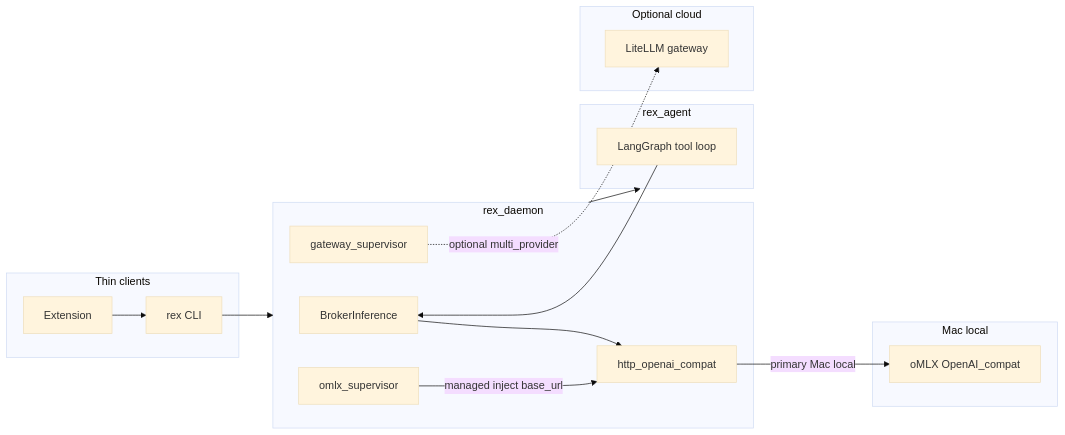
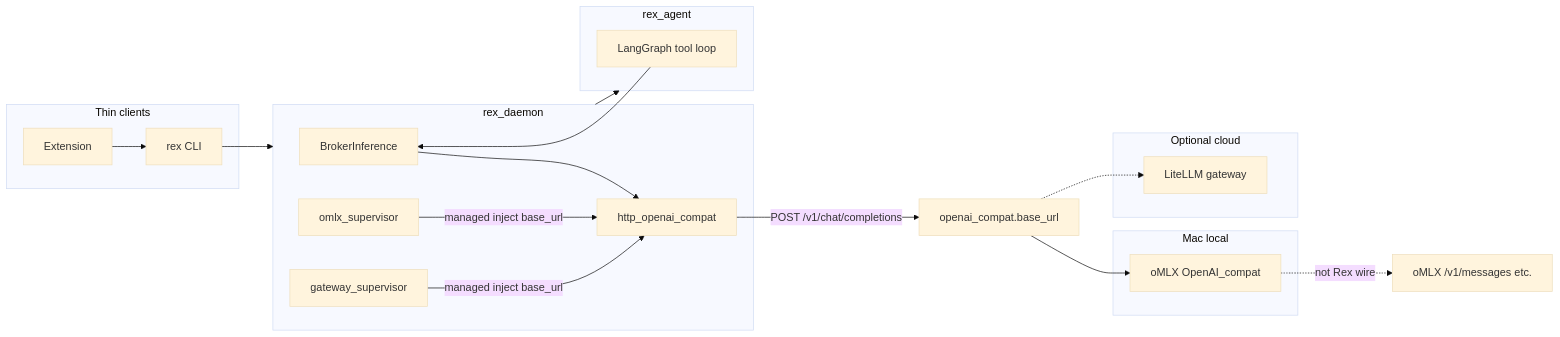
One commit to thsfranca/rex changed the diagram in docs/OMLX_INFERENCE.md. Above: the diagram before and after it, drawn with Mermaid (base theme). The commit also changed other lines of this file and 8 other files, not shown here.

First line of the commit message:
docs: align omlx design with single openai-compat broker api (#322)

````diff
--- a/docs/OMLX_INFERENCE.md
+++ b/docs/OMLX_INFERENCE.md
@@ -59,29 +72,32 @@
 ```mermaid
 flowchart LR
   subgraph clients [Thin clients]
     Ext[Extension]
     CLI[rex CLI]
   end
   subgraph daemon [rex_daemon]
     Broker[BrokerInference]
     HTTP[http_openai_compat]
     OmlxSup[omlx_supervisor]
     GW[gateway_supervisor]
   end
   subgraph sidecar [rex_agent]
     Graph[LangGraph tool loop]
   end
   subgraph local [Mac local]
     OMLX[oMLX OpenAI_compat]
   end
   subgraph cloud [Optional cloud]
     LiteLLM[LiteLLM gateway]
   end
 
   Ext --> CLI --> daemon
   daemon --> sidecar
   Graph --> Broker --> HTTP
   OmlxSup -->|managed inject base_url| HTTP
-  HTTP -->|primary Mac local| OMLX
-  GW -.->|optional multi_provider| LiteLLM
+  GW -->|managed inject base_url| HTTP
+  HTTP -->|"POST /v1/chat/completions"| EffectiveUrl["openai_compat.base_url"]
+  EffectiveUrl --> OMLX
+  EffectiveUrl -.-> LiteLLM
+  OMLX -.->|"not Rex wire"| OmlxAnthropic["oMLX /v1/messages etc."]
 ```
````
